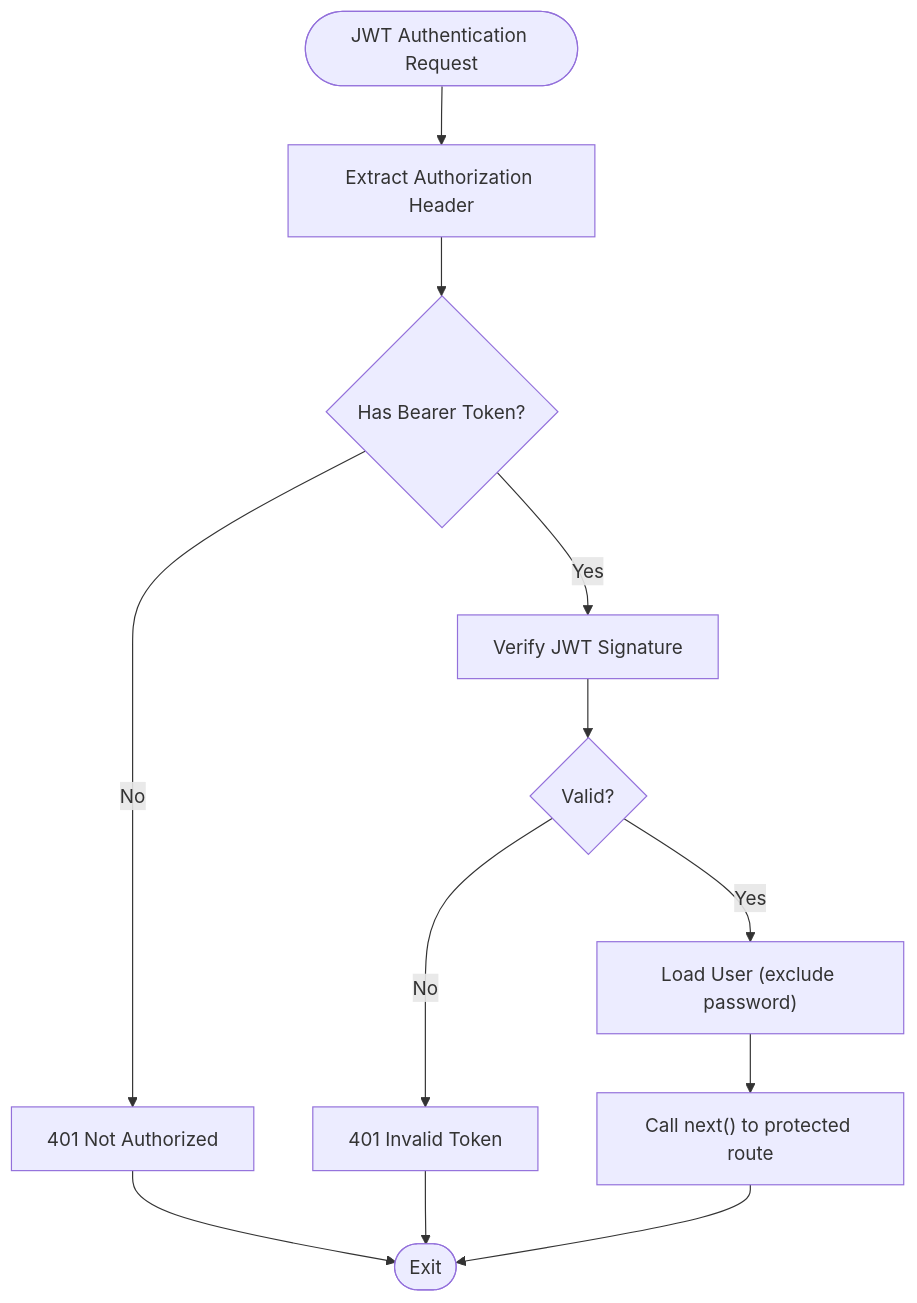
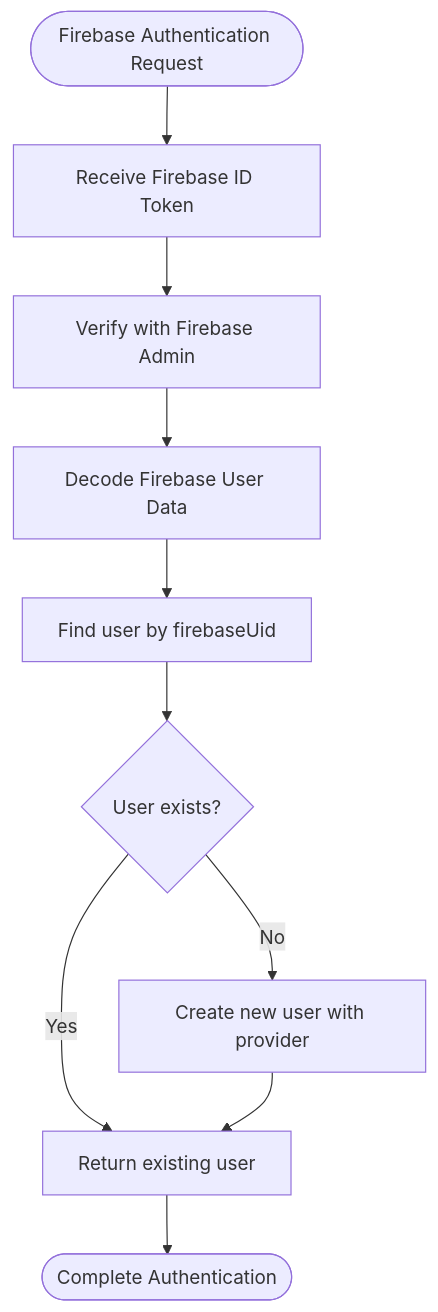
Before and after one commit to Pavan-PSPK9032/TrendsandToss: the third of 7 diagrams in .qoder/repowiki/en/content/Authentication & Authorization/Authentication & Authorization.md, drawn with Mermaid. The commit also changed other lines of this file and 6 other files, not shown here.

````diff
--- a/.qoder/repowiki/en/content/Authentication & Authorization/Authentication & Authorization.md
+++ b/.qoder/repowiki/en/content/Authentication & Authorization/Authentication & Authorization.md
@@ -203,14 +192,12 @@
 ```mermaid
 flowchart TD
-Start(["JWT Authentication Request"]) --> CheckAuth["Extract Authorization Header"]
-CheckAuth --> HasToken{"Has Bearer Token?"}
-HasToken --> |No| Unauthorized["401 Not Authorized"]
-HasToken --> |Yes| Verify["Verify JWT Signature"]
-Verify --> Valid{"Valid?"}
-Valid --> |No| InvalidToken["401 Invalid Token"]
-Valid --> |Yes| LoadUser["Load User (exclude password)"]
-LoadUser --> Next["Call next() to protected route"]
-Unauthorized --> End(["Exit"])
-InvalidToken --> End
-Next --> End
+Start(["Firebase Authentication Request"]) --> CheckToken["Receive Firebase ID Token"]
+CheckToken --> VerifyToken["Verify with Firebase Admin"]
+VerifyToken --> DecodeUser["Decode Firebase User Data"]
+DecodeUser --> FindUser["Find user by firebaseUid"]
+FindUser --> UserExists{"User exists?"}
+UserExists --> |Yes| ReturnUser["Return existing user"]
+UserExists --> |No| CreateUser["Create new user with provider"]
+CreateUser --> ReturnUser
+ReturnUser --> End(["Complete Authentication"])
 ```
````
